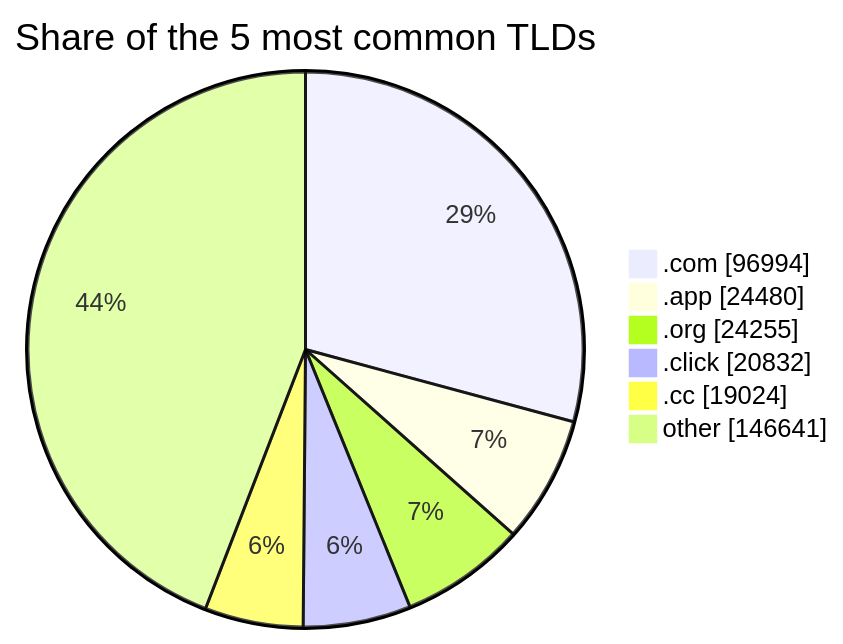
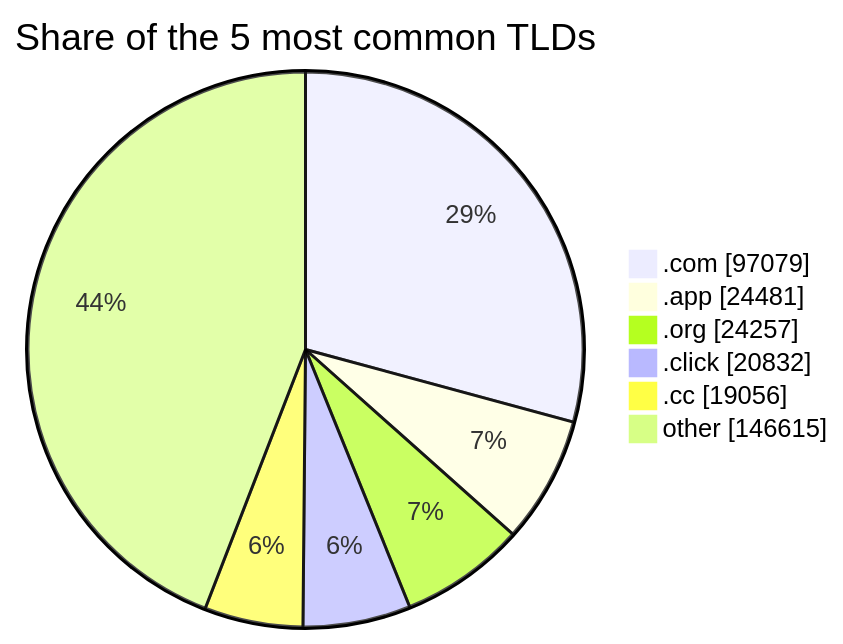
One commit to DNSBunker/CTI changed the third of 3 diagrams in README.md. Above: the diagram before and after it, drawn with Mermaid. The commit also changed other lines of this file and 4 other files, not shown here.

````diff
--- a/README.md
+++ b/README.md
@@ -81,9 +81,9 @@
 ```mermaid
 pie showData title Share of the 5 most common TLDs
-    ".com" : 96994
-    ".app" : 24480
-    ".org" : 24255
+    ".com" : 97079
+    ".app" : 24481
+    ".org" : 24257
     ".click" : 20832
-    ".cc" : 19024
-    "other" : 146641
+    ".cc" : 19056
+    "other" : 146615
 ```
````
